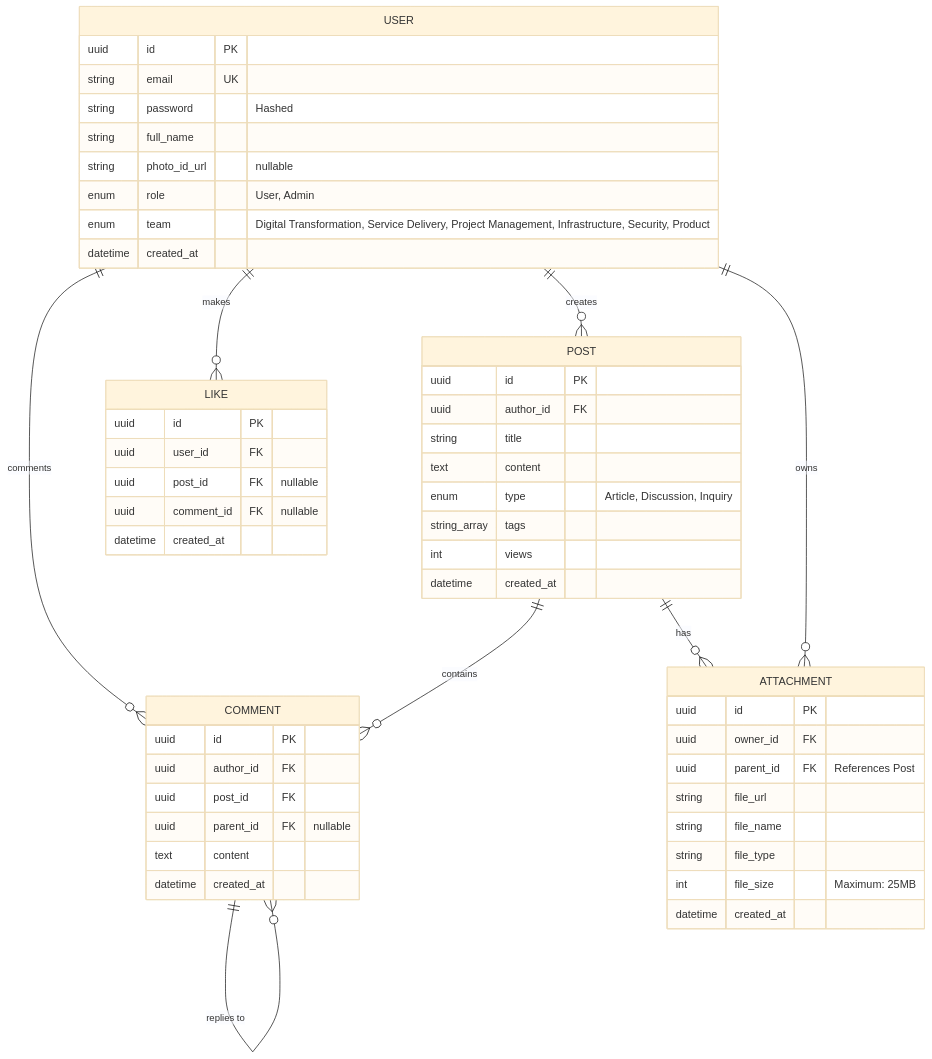
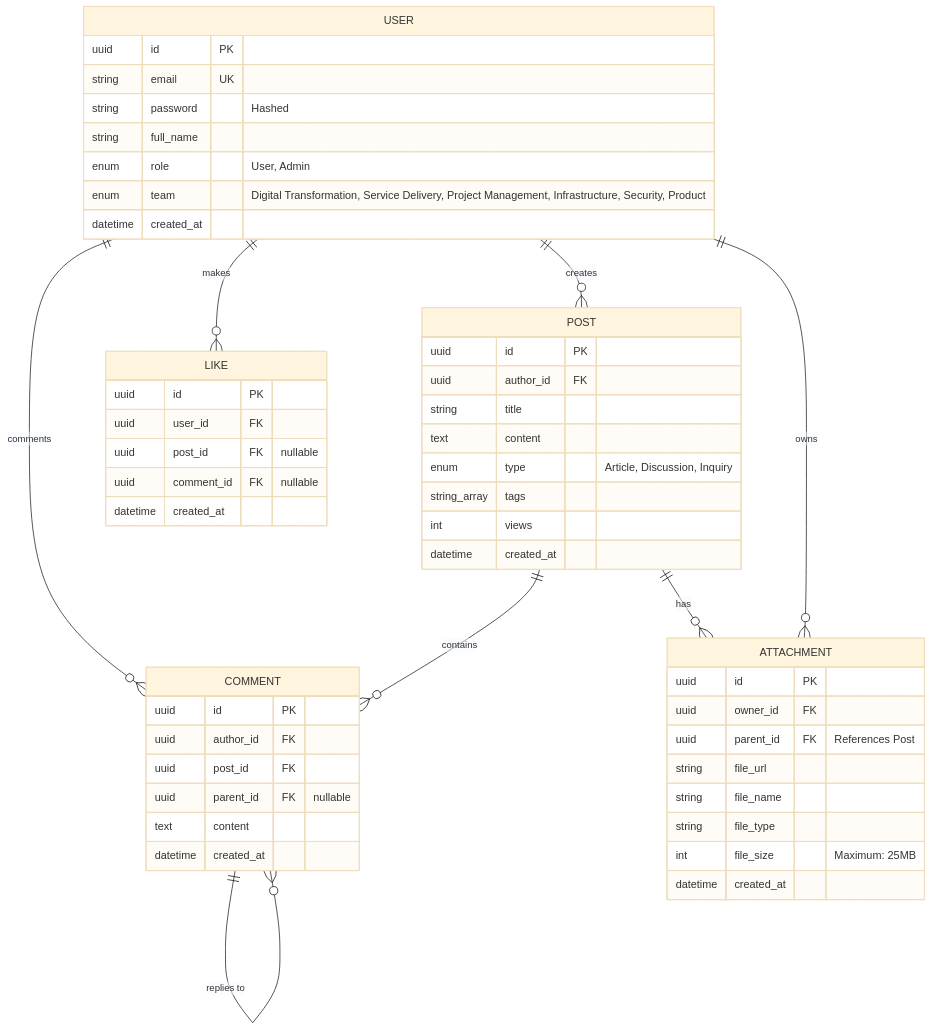
The diagram in docs/entity-relationship.md (maruvici/info-hub), drawn with Mermaid (base theme) before and after one commit. The commit also changed 12 other files, not shown here.

````diff
--- a/docs/entity-relationship.md
+++ b/docs/entity-relationship.md
@@ -1,62 +1,61 @@
 ```mermaid
 erDiagram
     USER ||--o{ POST : "creates"
     USER ||--o{ COMMENT : "comments"
     USER ||--o{ LIKE : "makes"
     
     POST ||--o{ COMMENT : "contains"
     POST ||--o{ ATTACHMENT : "has"
     USER ||--o{ ATTACHMENT : "owns"
     
     COMMENT ||--o{ COMMENT : "replies to"
     
     USER {
         uuid id PK
         string email UK
         string password "Hashed"
         string full_name
-        string photo_id_url "nullable"
         enum role "User, Admin"
         enum team "Digital Transformation, Service Delivery, Project Management, Infrastructure, Security, Product"
         datetime created_at
     }
 
     POST {
         uuid id PK
         uuid author_id FK
         string title
         text content
         enum type "Article, Discussion, Inquiry"
         string_array tags
         int views
         datetime created_at
     }
 
     COMMENT {
         uuid id PK
         uuid author_id FK
         uuid post_id FK
         uuid parent_id FK "nullable"
         text content
         datetime created_at
     }
 
     LIKE {
         uuid id PK
         uuid user_id FK
         uuid post_id FK "nullable"
         uuid comment_id FK "nullable"
         datetime created_at
     }
 
     ATTACHMENT {
         uuid id PK
         uuid owner_id FK
         uuid parent_id FK "References Post"
         string file_url
         string file_name
         string file_type
         int file_size "Maximum: 25MB"
         datetime created_at
     }
 ```
````
